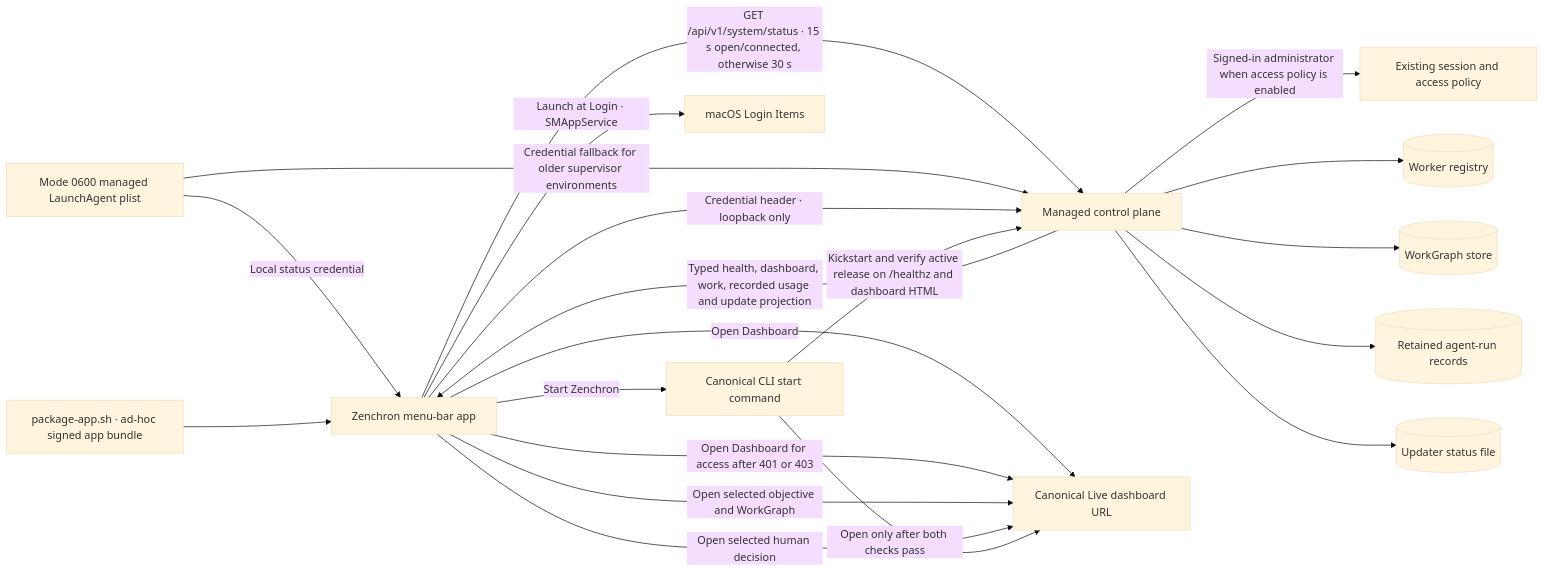
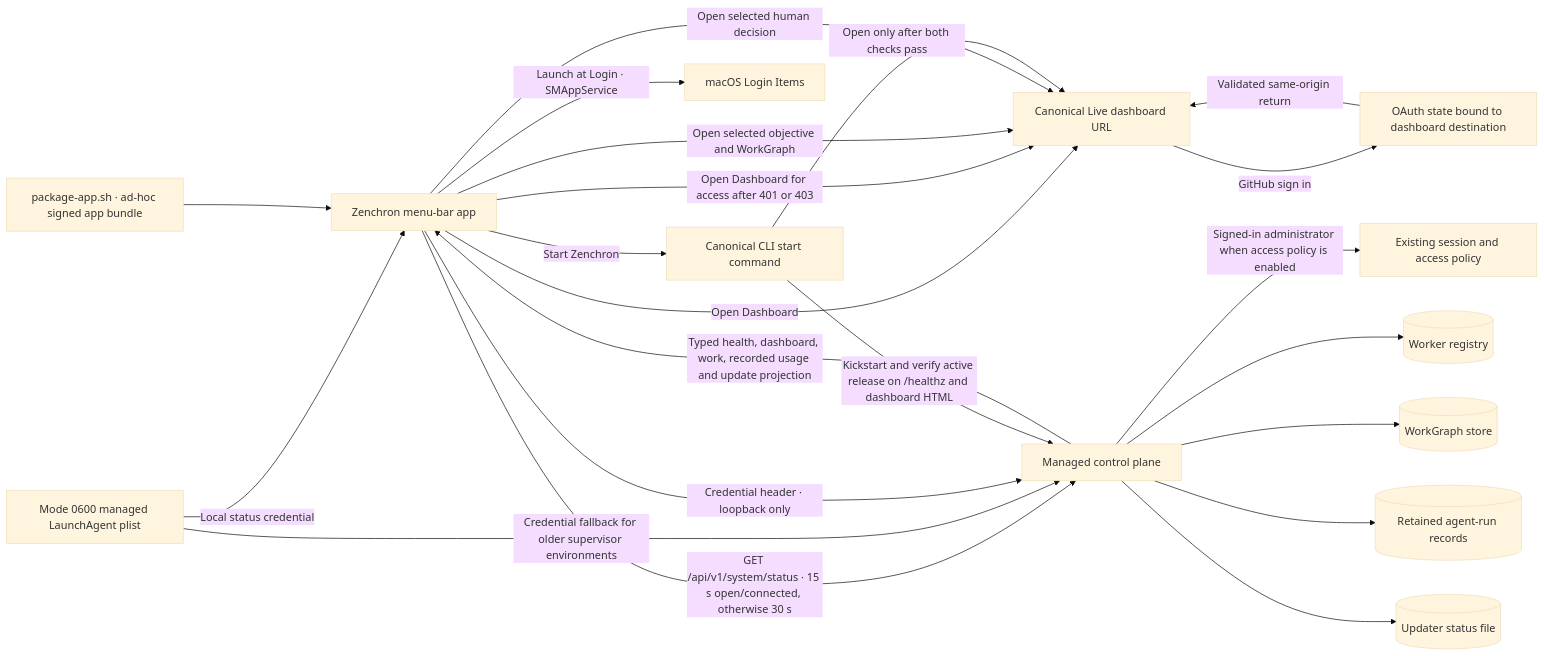
One commit to bogdaniel/zenchron-engineering-os changed the diagram in docs/features/macos-menu-bar-companion.md. Above: the diagram before and after it, drawn with Mermaid (base theme). The commit also changed other lines of this file and 5 other files, not shown here.

Commit message:
fix(auth): return to selected dashboard destination

````diff
--- a/docs/features/macos-menu-bar-companion.md
+++ b/docs/features/macos-menu-bar-companion.md
@@ -8,22 +8,24 @@
 ```mermaid
 flowchart LR
   Companion[Zenchron menu-bar app] -->|GET /api/v1/system/status · 15 s open/connected, otherwise 30 s| API[Managed control plane]
   LaunchAgent[Mode 0600 managed LaunchAgent plist] -->|Local status credential| Companion
   LaunchAgent -->|Credential fallback for older supervisor environments| API
   Companion -->|Credential header · loopback only| API
   API -->|Typed health, dashboard, work, recorded usage and update projection| Companion
   API -->|Signed-in administrator when access policy is enabled| Auth[Existing session and access policy]
   API --> Workers[(Worker registry)]
   API --> Graphs[(WorkGraph store)]
   API --> Runs[(Retained agent-run records)]
   API --> Update[(Updater status file)]
   Companion -->|Open Dashboard| Browser[Canonical Live dashboard URL]
   Companion -->|Open Dashboard for access after 401 or 403| Browser
   Companion -->|Open selected objective and WorkGraph| Browser
   Companion -->|Open selected human decision| Browser
+  Browser -->|GitHub sign in| OAuth[OAuth state bound to dashboard destination]
+  OAuth -->|Validated same-origin return| Browser
   Companion -->|Start Zenchron| CLI[Canonical CLI start command]
   CLI -->|Kickstart and verify active release on /healthz and dashboard HTML| API
   CLI -->|Open only after both checks pass| Browser
   Bundle[package-app.sh · ad-hoc signed app bundle] --> Companion
   Companion -->|Launch at Login · SMAppService| Settings[macOS Login Items]
 ```
````
